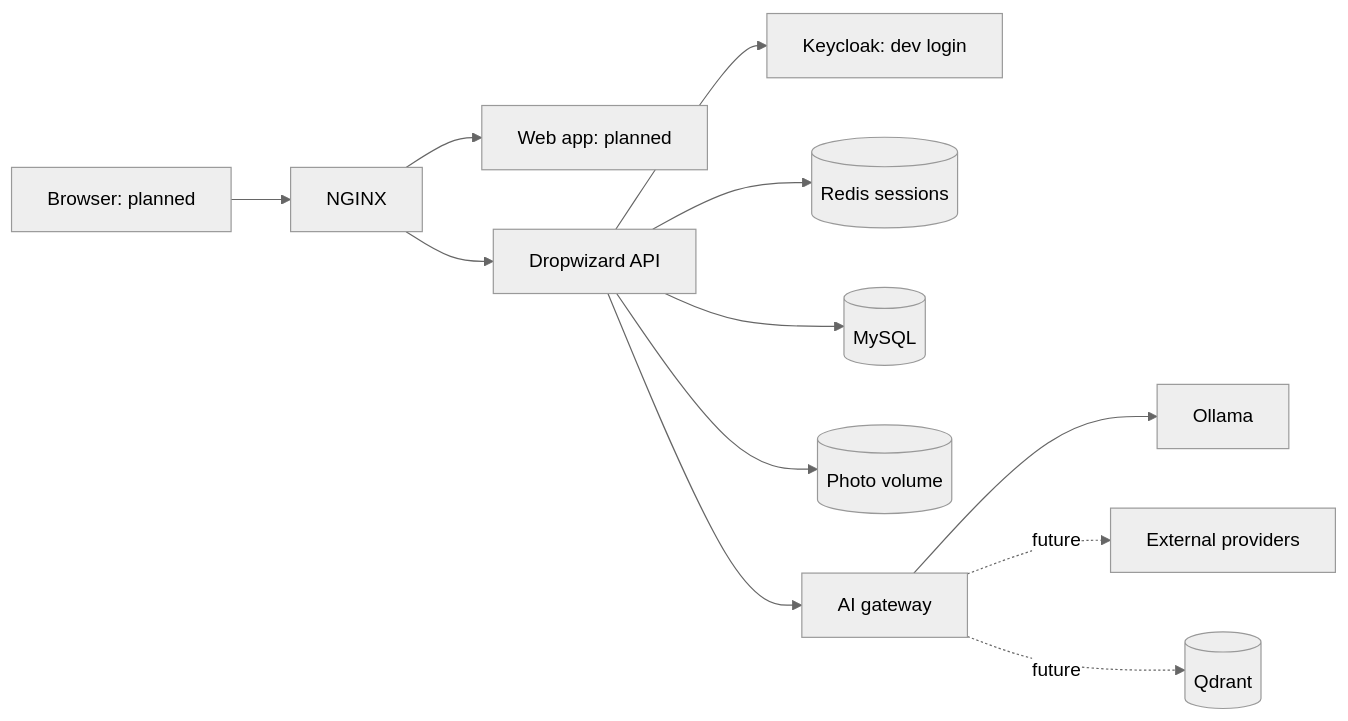
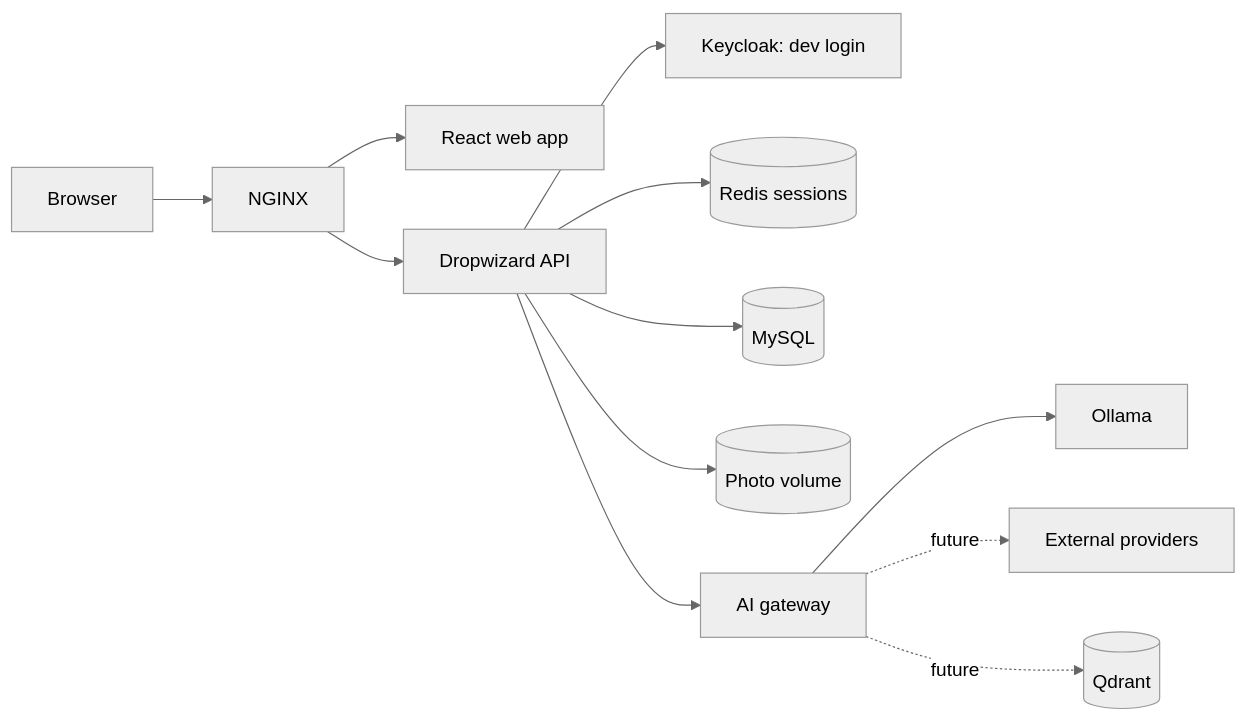
Before and after one commit to napalm23zero/interview-preparation-zartis_adevinta: the second of 4 diagrams in README.md, drawn with Mermaid (neutral theme). The commit also changed other lines of this file and 14 other files, not shown here.

````diff
--- a/README.md
+++ b/README.md
@@ -111,14 +119,14 @@
 ```mermaid
 flowchart LR
-    Browser[Browser: planned] --> NGINX[NGINX]
-    NGINX --> Web[Web app: planned]
+    Browser[Browser] --> NGINX[NGINX]
+    NGINX --> Web[React web app]
     NGINX --> API[Dropwizard API]
     API --> Identity[Keycloak: dev login]
     API --> Redis[(Redis sessions)]
     API --> MySQL[(MySQL)]
     API --> Photos[(Photo volume)]
     API --> Gateway[AI gateway]
     Gateway --> Ollama[Ollama]
     Gateway -. future .-> Providers[External providers]
     Gateway -. future .-> Qdrant[(Qdrant)]
 ```
````
